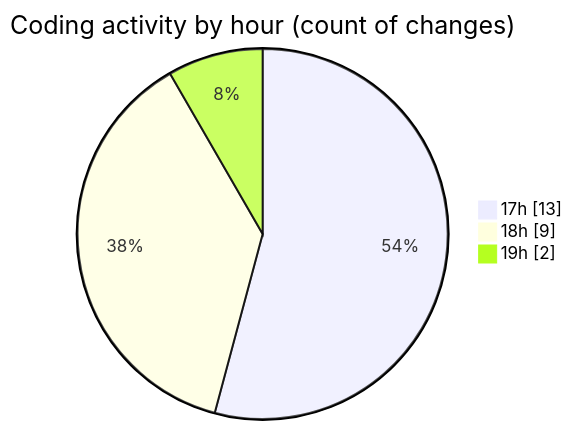
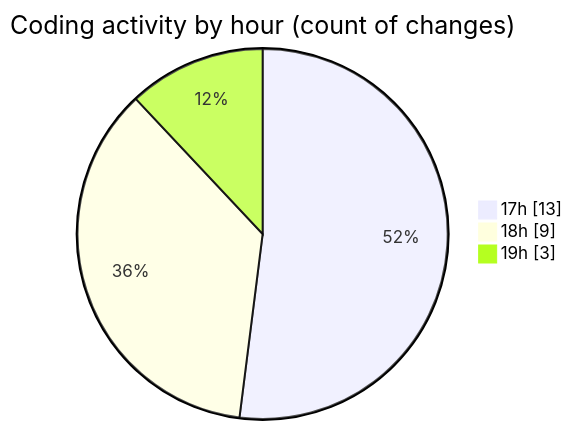
Before and after one commit to donsfak/code-tracking: the second of 2 diagrams in 2025-02-01/maps_clone/README.md, drawn with Mermaid. The commit also changed other lines of this file and 1 other file, not shown here.

````diff
--- a/2025-02-01/maps_clone/README.md
+++ b/2025-02-01/maps_clone/README.md
@@ -35,7 +35,7 @@
 ```mermaid
 pie showData
 title Coding activity by hour (count of changes)
 "17h" : 13
 "18h" : 9
-"19h" : 2
+"19h" : 3
 ```
````
